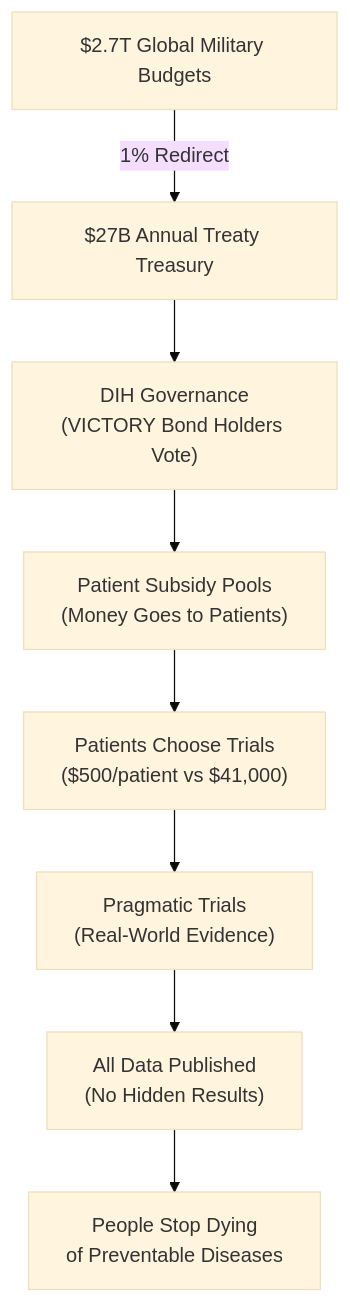
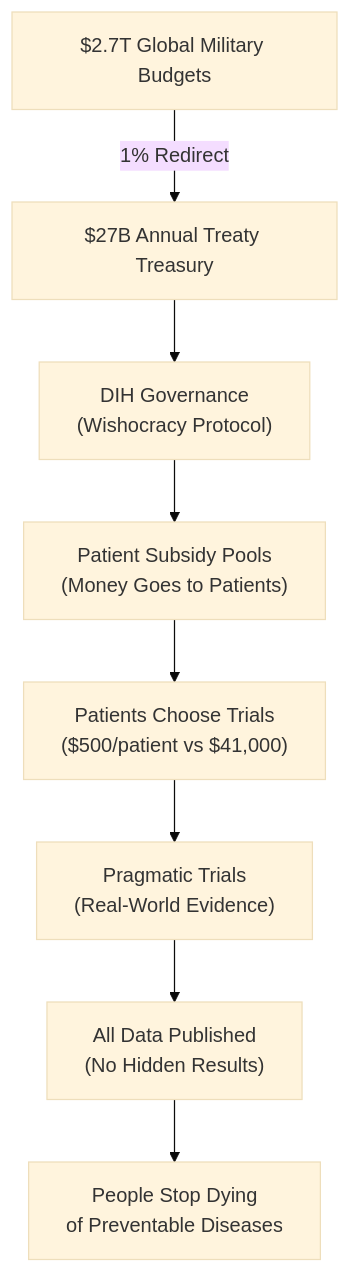
One commit to mikepsinn/disease-eradication-plan changed the diagram in presentation.qmd. Above: the diagram before and after it, drawn with Mermaid (base theme). The commit also changed other lines of this file and 3 other files, not shown here.

Commit message:
Add humanity budget chart and update presentation content

````diff
--- a/presentation.qmd
+++ b/presentation.qmd
@@ -29,10 +29,10 @@
 ```mermaid
 graph TD;
     A["$2.7T Global Military Budgets"] -->|1% Redirect| B["$27B Annual Treaty Treasury"];
-    B --> C["DIH Governance<br/>(VICTORY Bond Holders Vote)"];
+    B --> C["DIH Governance<br/>(Wishocracy Protocol)"];
     C --> D["Patient Subsidy Pools<br/>(Money Goes to Patients)"];
     D --> E["Patients Choose Trials<br/>($500/patient vs $41,000)"];
     E --> F["Pragmatic Trials<br/>(Real-World Evidence)"];
     F --> G["All Data Published<br/>(No Hidden Results)"];
     G --> H["People Stop Dying<br/>of Preventable Diseases"];
 ```
````
